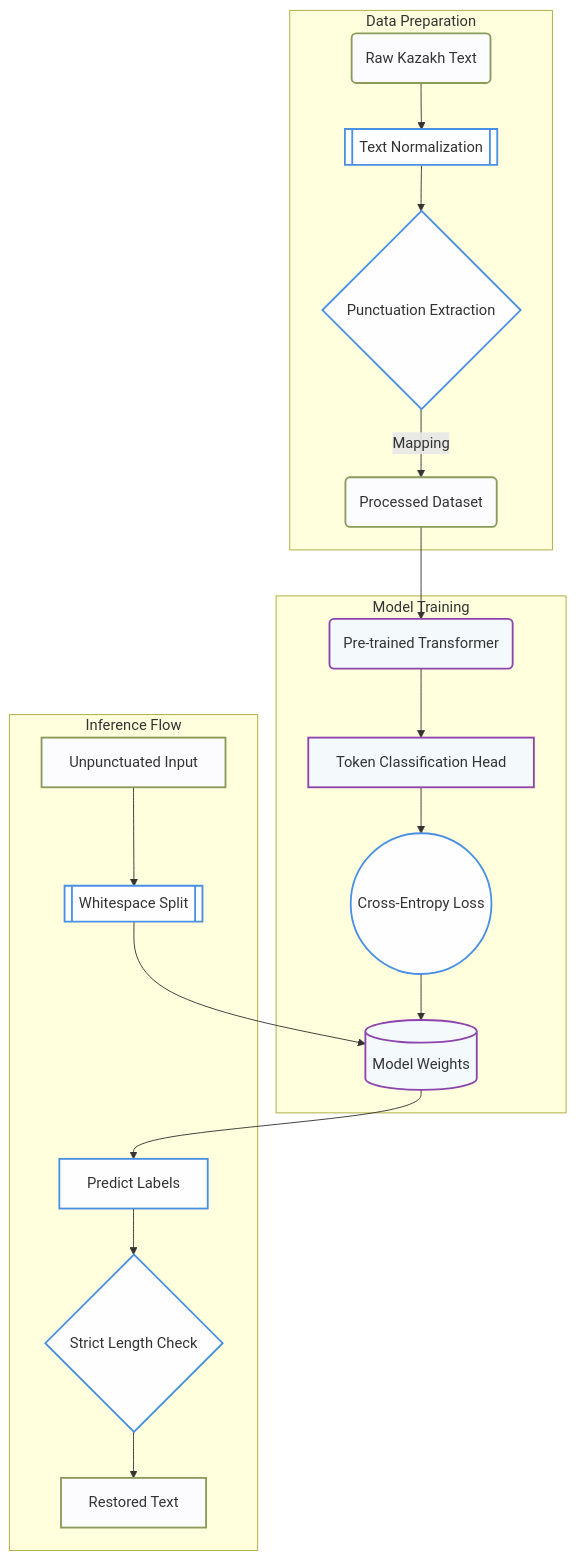
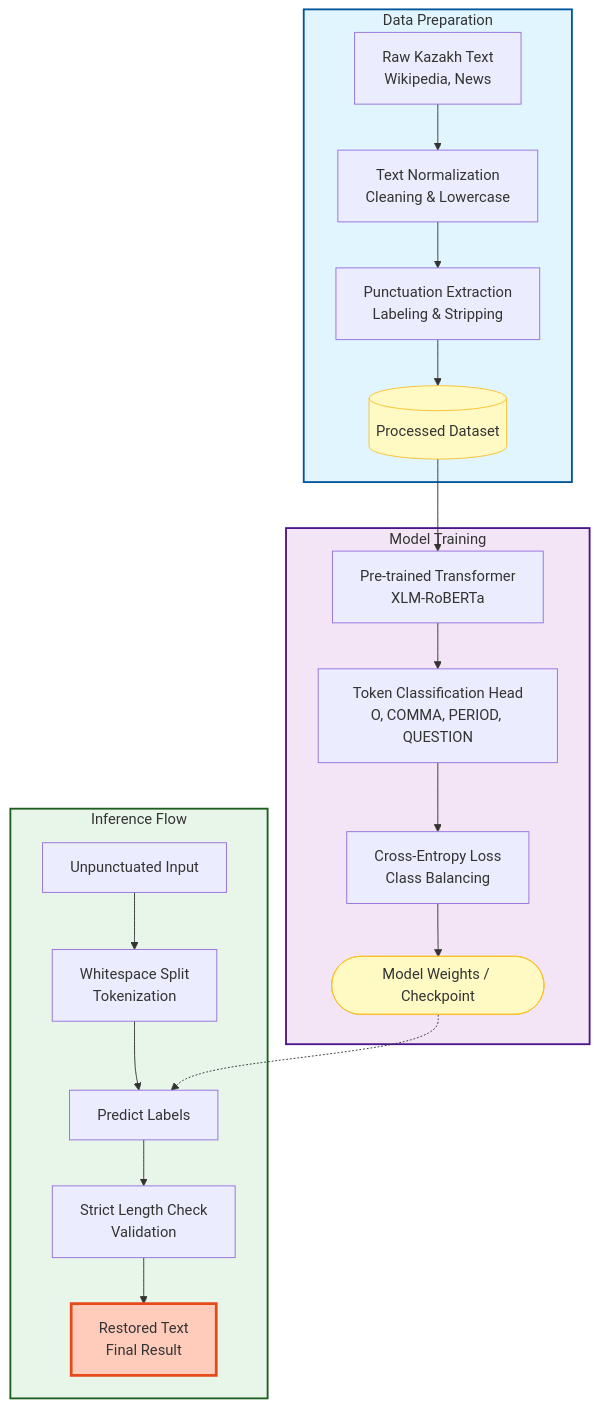
The diagram in README.md (dilyarace/Kazakh-Punctuation-Restoration), drawn with Mermaid before and after one commit.

Commit message:
Update README with improved diagram sections

````diff
--- a/README.md
+++ b/README.md
@@ -22,38 +22,34 @@
 ```mermaid
 graph TD
-    %% Base Styling
-    classDef Dataset fill:#fcfcff,stroke:#8A9A5B,stroke-width:2px,color:#333;
-    classDef Process fill:#fefefe,stroke:#4A90E2,stroke-width:2px,color:#333;
-    classDef Model fill:#f4f9fc,stroke:#8E44AD,stroke-width:2px,color:#333;
+    %% Section 1: Data Preparation
+    subgraph Section_1 [Data Preparation]
+        A[Raw Kazakh Text<br/>Wikipedia, News] --> B[Text Normalization<br/>Cleaning & Lowercase]
+        B --> C[Punctuation Extraction<br/>Labeling & Stripping]
+        C --> D[(Processed Dataset)]
+    end
 
-    %% Data Pipeline Section
-    subgraph Data Preparation
-        A(Raw Kazakh Text) --> B[[Text Normalization]]
-        B --> C{Punctuation Extraction}
-        C -->|Mapping| D(Processed Dataset)
+    %% Section 2: Model Training
+    subgraph Section_2 [Model Training]
+        D --> E[Pre-trained Transformer<br/>XLM-RoBERTa]
+        E --> F[Token Classification Head<br/>O, COMMA, PERIOD, QUESTION]
+        F --> G[Cross-Entropy Loss<br/>Class Balancing]
+        G --> H([Model Weights / Checkpoint])
     end
-    class A,D Dataset;
-    class B,C Process;
 
-    %% Training Pipeline Section
-    subgraph Model Training
-        D --> E(Pre-trained Transformer)
-        E --> F[Token Classification Head]
-        F --> G((Cross-Entropy Loss))
-        G --> H[(Model Weights)]
+    %% Section 3: Inference Flow
+    subgraph Section_3 [Inference Flow]
+        I[Unpunctuated Input] --> J[Whitespace Split<br/>Tokenization]
+        J --> K[Predict Labels]
+        H -.-> K
+        K --> L[Strict Length Check<br/>Validation]
+        L --> M[Restored Text<br/>Final Result]
     end
-    class E,F,H Model;
-    class G Process;
 
-    %% Inference Section
-    subgraph Inference Flow
-        I[Unpunctuated Input] --> J[[Whitespace Split]]
-        J --> H
-        H --> K[Predict Labels]
-        K --> L{Strict Length Check}
-        L --> M[Restored Text]
-    end
-    class I,M Dataset;
-    class J,K,L Process;
-    class H Model;
+    %% Styling
+    style Section_1 fill:#e1f5fe,stroke:#01579b,stroke-width:2px
+    style Section_2 fill:#f3e5f5,stroke:#4a148c,stroke-width:2px
+    style Section_3 fill:#e8f5e9,stroke:#1b5e20,stroke-width:2px
+    style D fill:#fff9c4,stroke:#fbc02d
+    style H fill:#fff9c4,stroke:#fbc02d
+    style M fill:#ffccbc,stroke:#e64a19,stroke-width:3px
 ```
````
